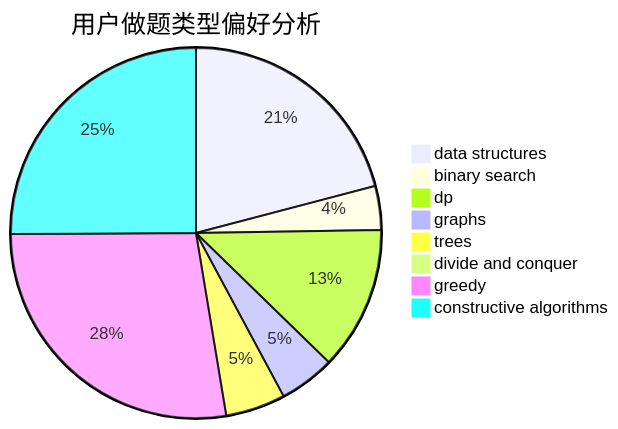
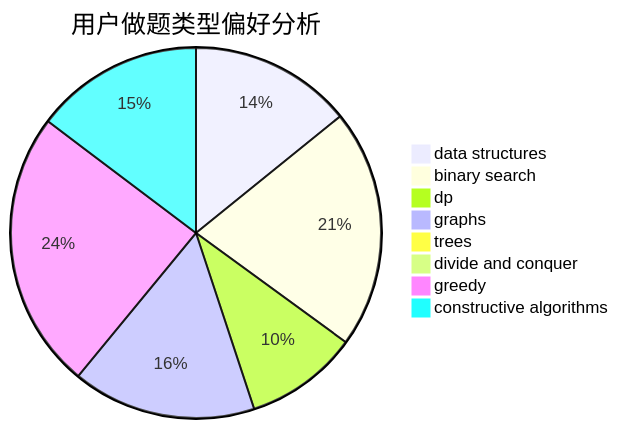
One commit to sherpahu/cfrs.github.io changed the second of 3 diagrams in docs/user/u2057.md. Above: the diagram before and after it, drawn with Mermaid. The commit also changed other lines of this file and 2770 other files, not shown here.

````diff
--- a/docs/user/u2057.md
+++ b/docs/user/u2057.md
@@ -23,11 +23,11 @@
 ```mermaid
 pie title 用户做题类型偏好分析
-    "data structures" :  60
-    "binary search" :  11
-    "dp" :  36
-    "graphs" :  14
-    "trees" :  15
-    "divide and conquer" :  0
-    "greedy" :  79
-    "constructive algorithms" :  72
+    "data structures" :  53
+    "binary search" :  78
+    "dp" :  37
+    "graphs" :  60
+    "trees" :  2
+    "divide and conquer" :  1
+    "greedy" :  91
+    "constructive algorithms" :  55
 ```
````
